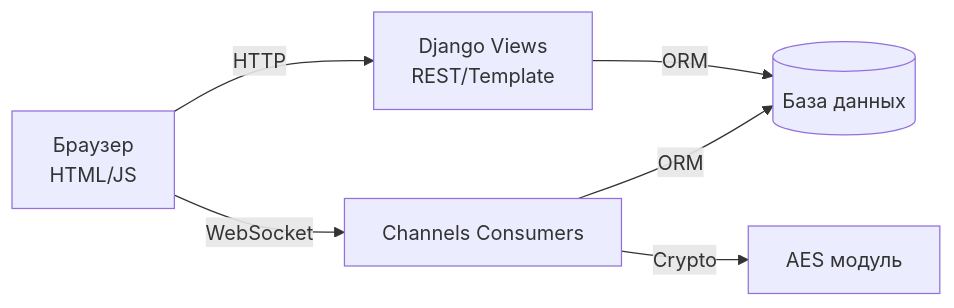
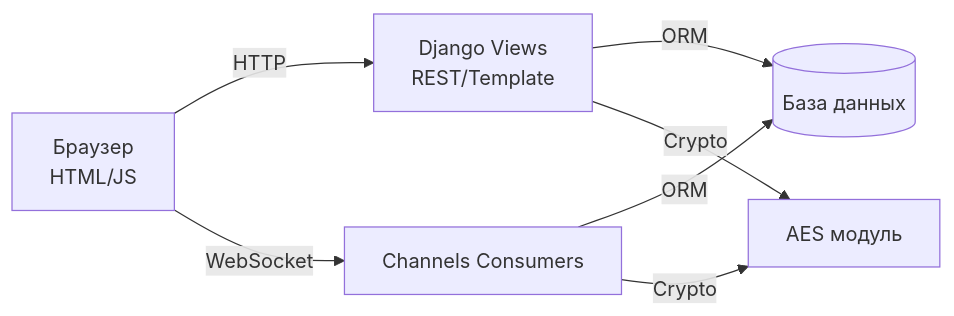
Before and after one commit to HunterXIII/CommexProject: the second of 2 diagrams in README.md, drawn with Mermaid. The commit also changed other lines of this file, not shown here.

````diff
--- a/README.md
+++ b/README.md
@@ -57,8 +111,9 @@
 ```mermaid
 graph LR
     A[Браузер<br>HTML/JS] -- HTTP --> B[Django Views<br>REST/Template]
     A -- WebSocket --> C[Channels Consumers]
     B -- ORM --> D[(База данных)]
     C -- ORM --> D
     C -- Crypto --> E[AES модуль]
+    B -- Crypto --> E
 ```
````
